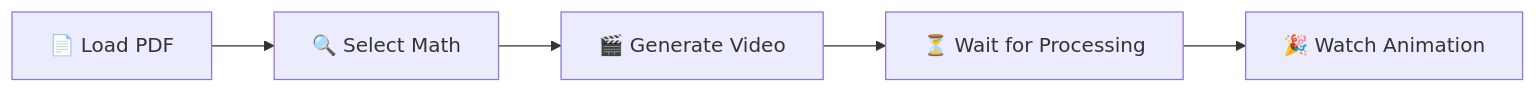
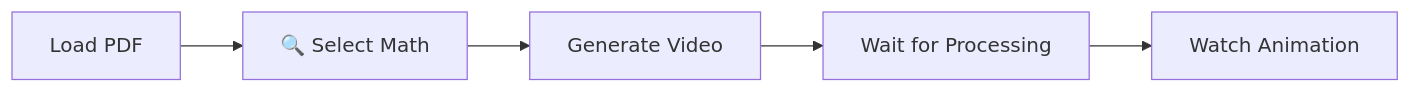
One commit to Trimpu/MathVizAI changed the diagram in README.md. Above: the diagram before and after it, drawn with Mermaid. The commit also changed other lines of this file, not shown here.

````diff
--- a/README.md
+++ b/README.md
@@ -190,7 +190,7 @@
 ```mermaid
 graph LR
-    A[📄 Load PDF] --> B[🔍 Select Math]
-    B --> C[🎬 Generate Video]
-    C --> D[⏳ Wait for Processing]
-    D --> E[🎉 Watch Animation]
+    A[ Load PDF] --> B[🔍 Select Math]
+    B --> C[ Generate Video]
+    C --> D[ Wait for Processing]
+    D --> E[ Watch Animation]
 ```
````
